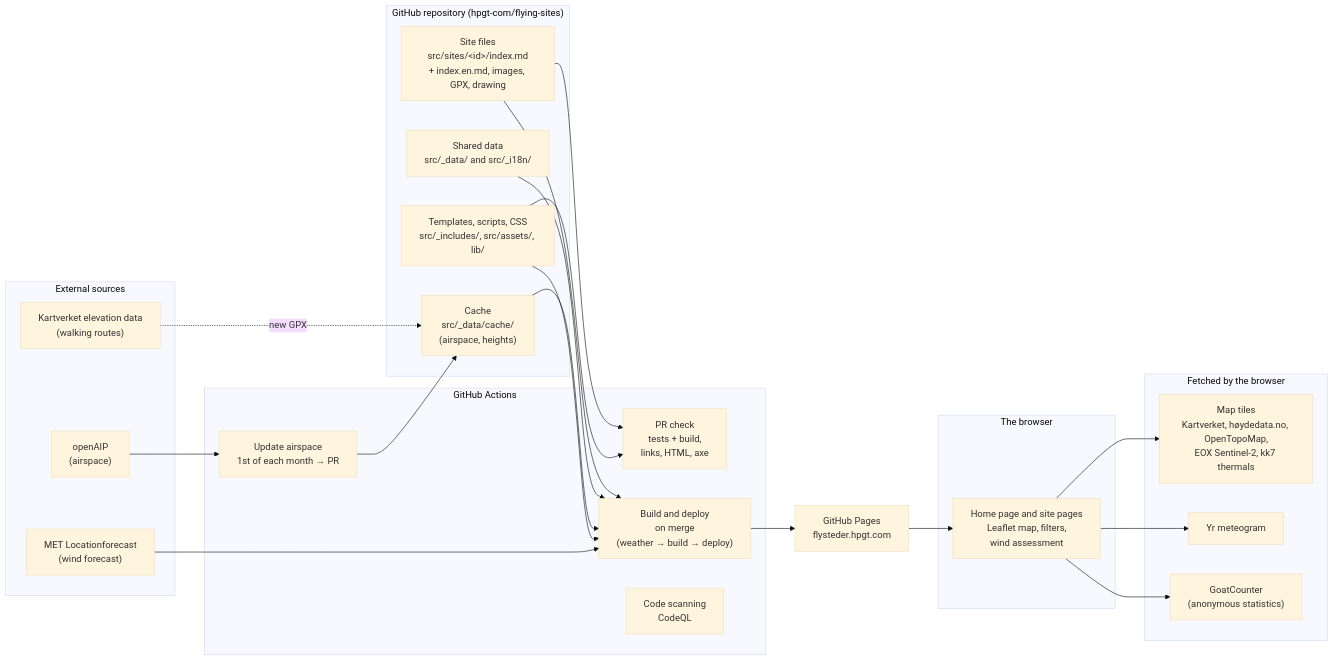
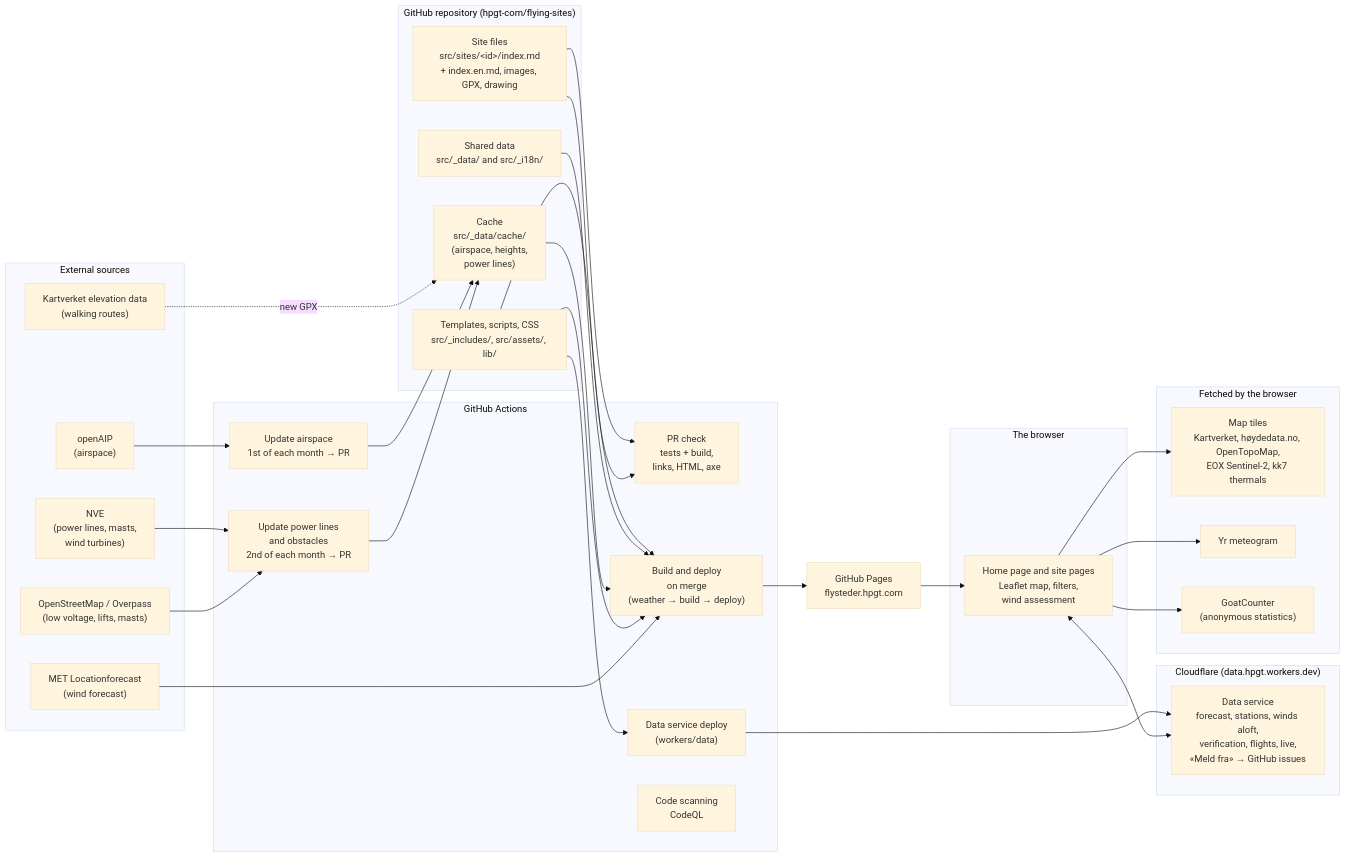
The first of 5 diagrams in docs/architecture.md (hpgt-com/flying-sites), drawn with Mermaid (base theme) before and after one commit. The commit also changed other lines of this file and 2 other files, not shown here.

````diff
--- a/docs/architecture.md
+++ b/docs/architecture.md
@@ -15,42 +15,53 @@
 ```mermaid
 flowchart LR
   subgraph repo["GitHub repository (hpgt-com/flying-sites)"]
     sites["Site files<br/>src/sites/&lt;id&gt;/index.md<br/>+ index.en.md, images, GPX, drawing"]
     data["Shared data<br/>src/_data/ and src/_i18n/"]
-    cache["Cache<br/>src/_data/cache/<br/>(airspace, heights)"]
+    cache["Cache<br/>src/_data/cache/<br/>(airspace, heights,<br/>power lines)"]
     code["Templates, scripts, CSS<br/>src/_includes/, src/assets/, lib/"]
   end
 
   subgraph actions["GitHub Actions"]
     prcheck["PR check<br/>tests + build,<br/>links, HTML, axe"]
     deploy["Build and deploy<br/>on merge<br/>(weather → build → deploy)"]
     airspace["Update airspace<br/>1st of each month → PR"]
+    obstacles["Update power lines<br/>and obstacles<br/>2nd of each month → PR"]
+    dataworker["Data service deploy<br/>(workers/data)"]
     scan["Code scanning<br/>CodeQL"]
   end
 
   subgraph ext["External sources"]
     met["MET Locationforecast<br/>(wind forecast)"]
     kv["Kartverket elevation data<br/>(walking routes)"]
     oaip["openAIP<br/>(airspace)"]
+    nve["NVE<br/>(power lines, masts,<br/>wind turbines)"]
+    osm["OpenStreetMap / Overpass<br/>(low voltage, lifts, masts)"]
+  end
+
+  subgraph cf["Cloudflare (data.hpgt.workers.dev)"]
+    worker["Data service<br/>forecast, stations, winds aloft,<br/>verification, flights, live,<br/>«Meld fra» → GitHub issues"]
   end
 
   pages["GitHub Pages<br/>flysteder.hpgt.com"]
 
   subgraph browser["The browser"]
     ui["Home page and site pages<br/>Leaflet map, filters,<br/>wind assessment"]
   end
 
   subgraph runtime["Fetched by the browser"]
     tiles["Map tiles<br/>Kartverket, høydedata.no, OpenTopoMap,<br/>EOX Sentinel-2, kk7 thermals"]
     yr["Yr meteogram"]
     gc["GoatCounter<br/>(anonymous statistics)"]
   end
 
   sites & data & cache & code --> deploy
   sites & code --> prcheck
   met --> deploy
   kv -. "new GPX" .-> cache
   oaip --> airspace --> cache
+  nve & osm --> obstacles --> cache
+  code --> dataworker --> worker
   deploy --> pages --> ui
   ui --> tiles & yr & gc
+  ui <--> worker
 ```
````
